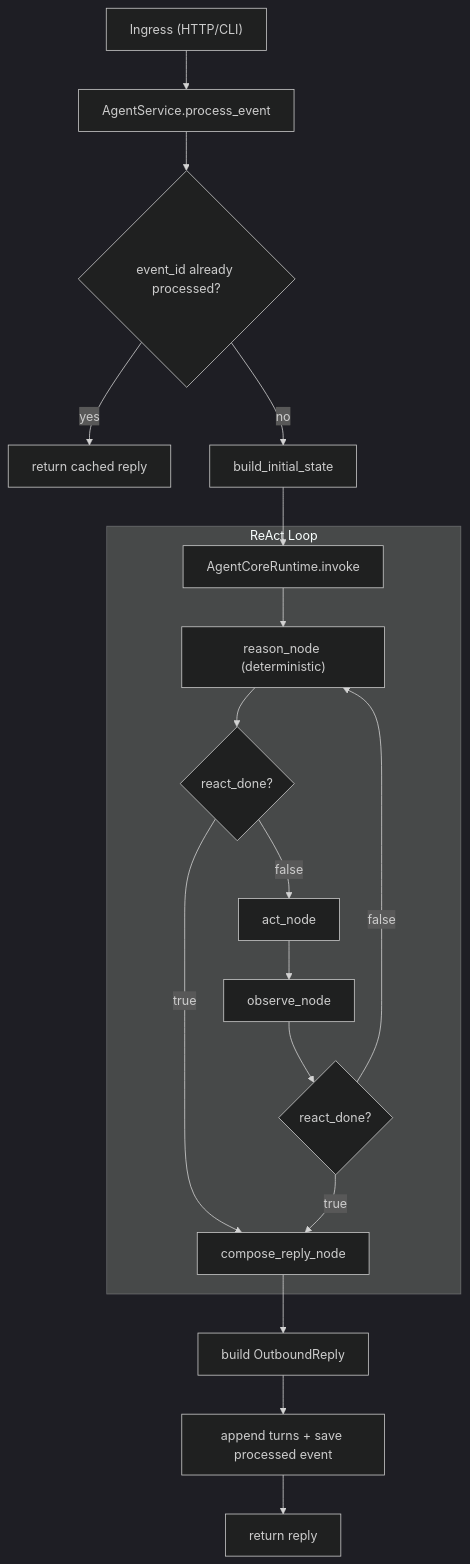
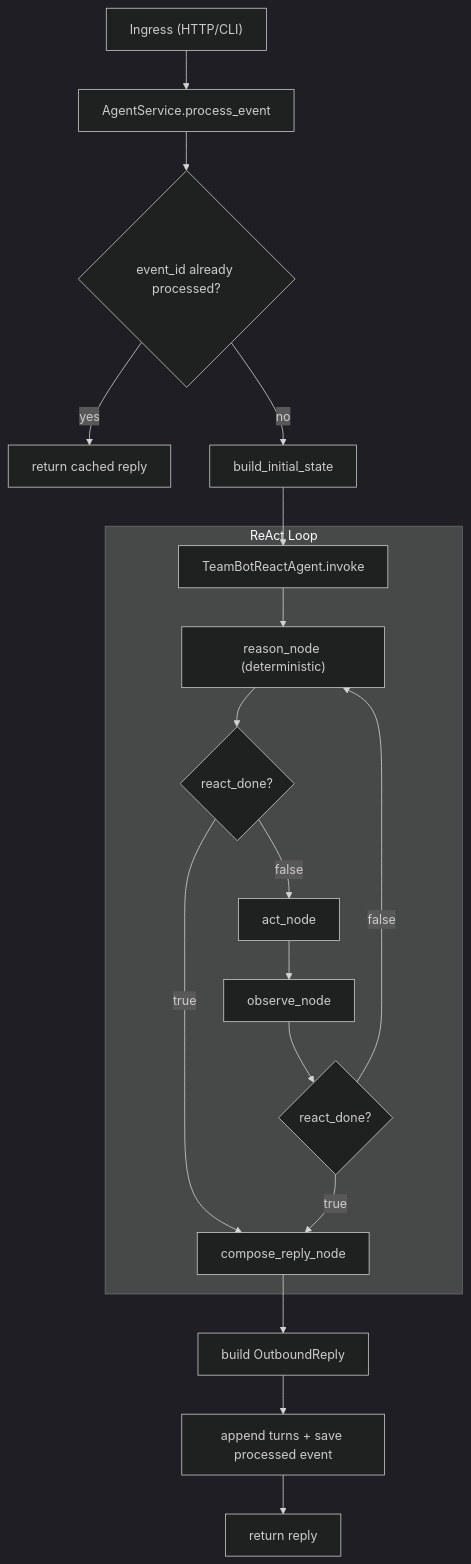
The first of 2 diagrams in docs/agent-core-algorithm.md (nigelleong0703/teambot), drawn with Mermaid (dark theme) before and after one commit. The commit also changed other lines of this file and 69 other files, not shown here.

Commit message:
refactor: align runtime to copaw-style tools skills mcp architecture

````diff
--- a/docs/agent-core-algorithm.md
+++ b/docs/agent-core-algorithm.md
@@ -19,23 +20,23 @@
 ```mermaid
 flowchart TD
     A["Ingress (HTTP/CLI)"] --> B["AgentService.process_event"]
     B --> C{"event_id already processed?"}
     C -- "yes" --> C1["return cached reply"]
     C -- "no" --> D["build_initial_state"]
-    D --> E["AgentCoreRuntime.invoke"]
+    D --> E["TeamBotReactAgent.invoke"]
 
     subgraph L["ReAct Loop"]
       E --> F["reason_node (deterministic)"]
       F --> G{"react_done?"}
       G -- "true" --> H["compose_reply_node"]
       G -- "false" --> I["act_node"]
       I --> J["observe_node"]
       J --> K{"react_done?"}
       K -- "false" --> F
       K -- "true" --> H
     end
 
     H --> M["build OutboundReply"]
     M --> N["append turns + save processed event"]
     N --> O["return reply"]
 ```
````
